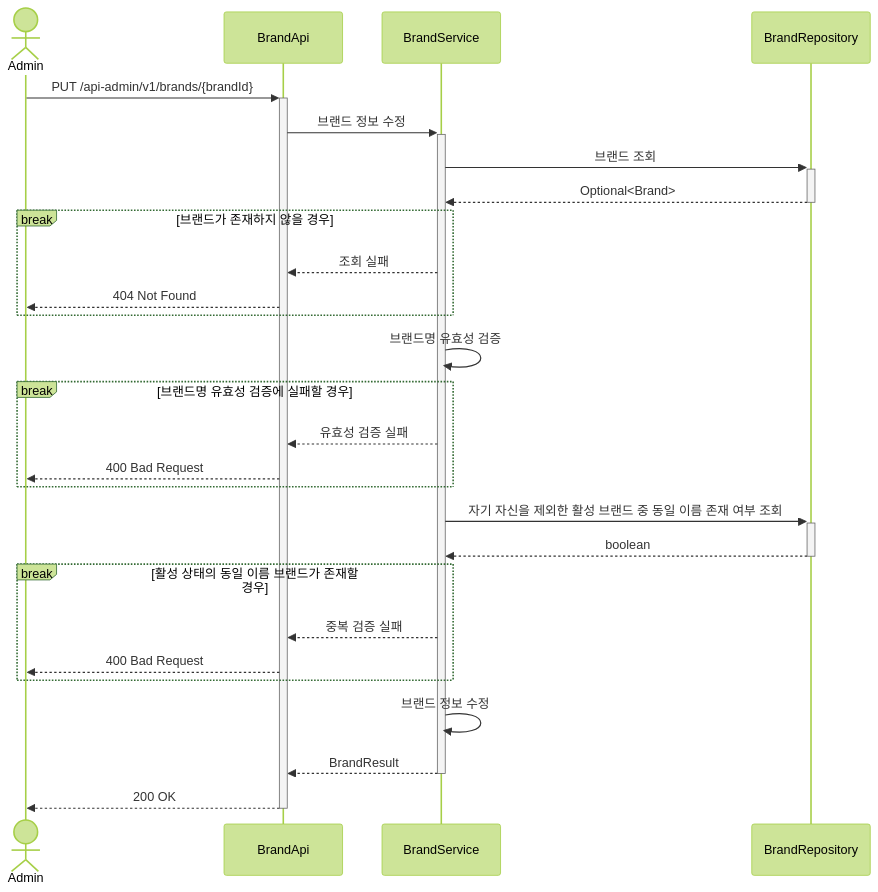
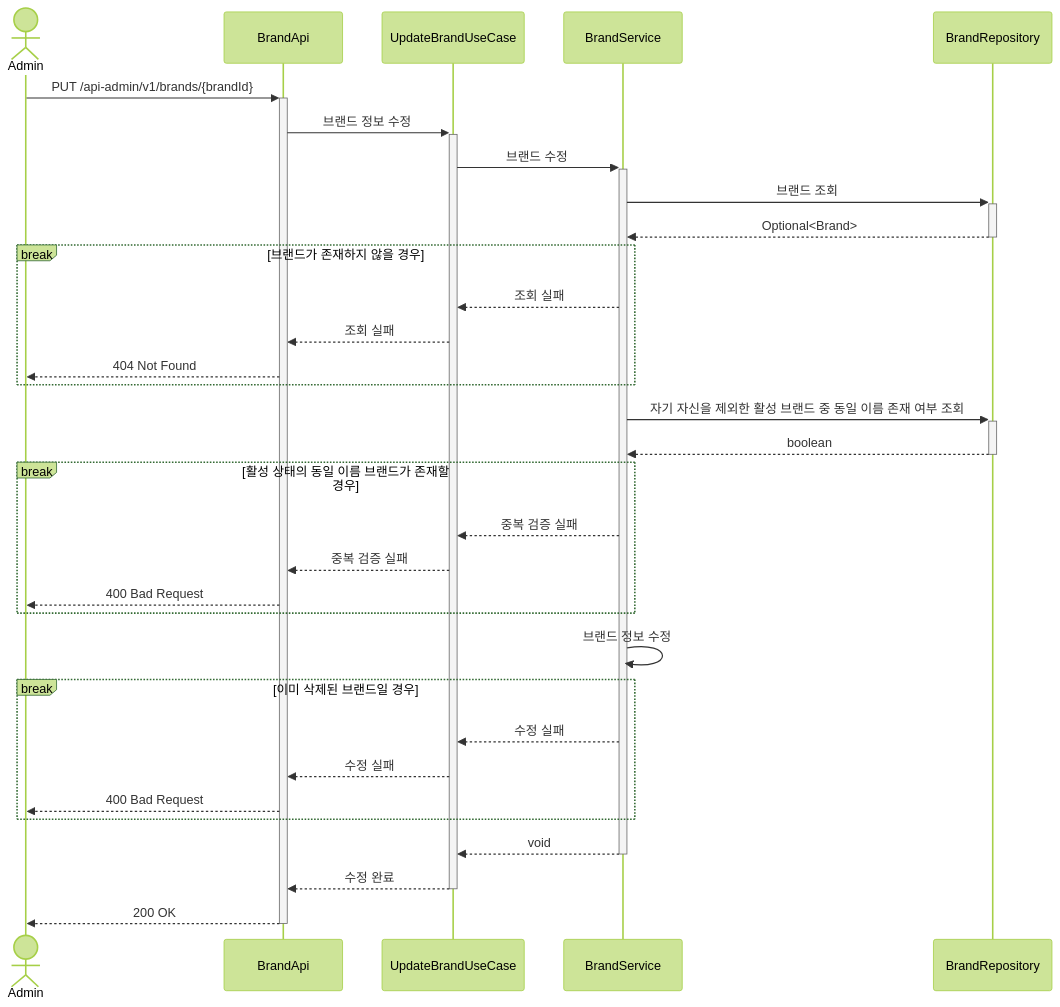
Before and after one commit to Loopers-dev-lab/loop-pack-be-l2-vol3-java: the sixth of 23 diagrams in .docs/design/02-sequence-diagrams.md, drawn with Mermaid (forest theme). The commit also changed other lines of this file and 143 other files, not shown here.

````diff
--- a/.docs/design/02-sequence-diagrams.md
+++ b/.docs/design/02-sequence-diagrams.md
@@ -201,36 +210,41 @@
 ```mermaid
 sequenceDiagram
     actor Admin
     participant BrandApi
+    participant UpdateBrandUseCase
     participant BrandService
     participant BrandRepository
 
     Admin ->>+ BrandApi: PUT /api-admin/v1/brands/{brandId}
-    BrandApi ->>+ BrandService: 브랜드 정보 수정
+    BrandApi ->>+ UpdateBrandUseCase: 브랜드 정보 수정
+    UpdateBrandUseCase ->>+ BrandService: 브랜드 수정
     BrandService ->>+ BrandRepository: 브랜드 조회
     BrandRepository -->>- BrandService: Optional<Brand>
 
     break 브랜드가 존재하지 않을 경우
-        BrandService -->> BrandApi: 조회 실패
+        BrandService -->> UpdateBrandUseCase: 조회 실패
+        UpdateBrandUseCase -->> BrandApi: 조회 실패
         BrandApi -->> Admin: 404 Not Found
-    end
-
-    BrandService ->> BrandService: 브랜드명 유효성 검증
-
-    break 브랜드명 유효성 검증에 실패할 경우
-        BrandService -->> BrandApi: 유효성 검증 실패
-        BrandApi -->> Admin: 400 Bad Request
     end
 
     BrandService ->>+ BrandRepository: 자기 자신을 제외한 활성 브랜드 중 동일 이름 존재 여부 조회
     BrandRepository -->>- BrandService: boolean
 
     break 활성 상태의 동일 이름 브랜드가 존재할 경우
-        BrandService -->> BrandApi: 중복 검증 실패
+        BrandService -->> UpdateBrandUseCase: 중복 검증 실패
+        UpdateBrandUseCase -->> BrandApi: 중복 검증 실패
         BrandApi -->> Admin: 400 Bad Request
     end
 
     BrandService ->> BrandService: 브랜드 정보 수정
-    BrandService -->>- BrandApi: BrandResult
+
+    break 이미 삭제된 브랜드일 경우
+        BrandService -->> UpdateBrandUseCase: 수정 실패
+        UpdateBrandUseCase -->> BrandApi: 수정 실패
+        BrandApi -->> Admin: 400 Bad Request
+    end
+
+    BrandService -->>- UpdateBrandUseCase: void
+    UpdateBrandUseCase -->>- BrandApi: 수정 완료
     BrandApi -->>- Admin: 200 OK
 ```
````
